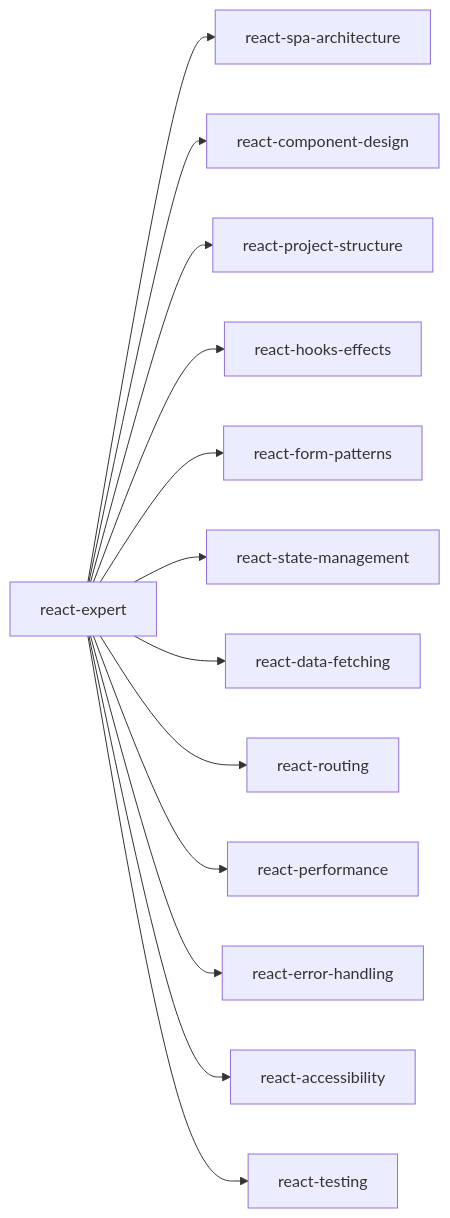
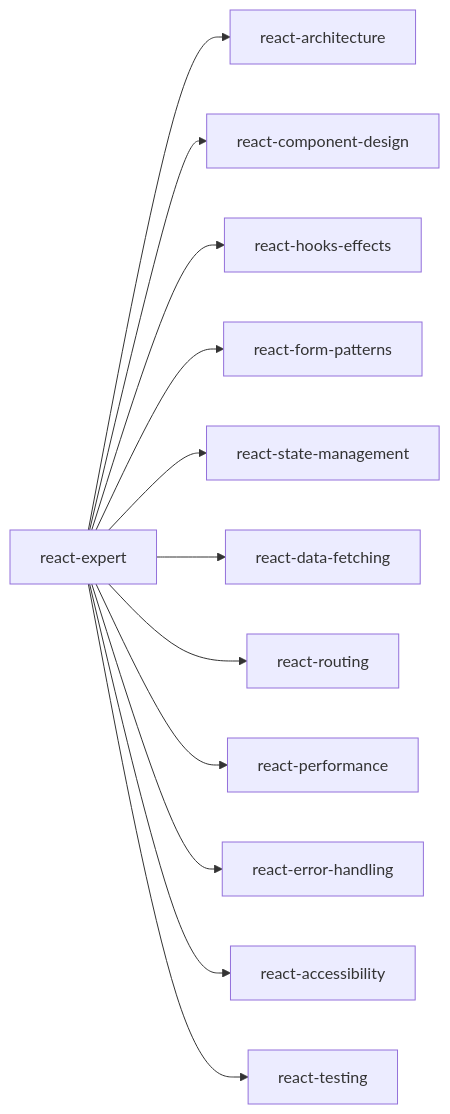
Before and after one commit to pnewsam/skills: diagram 13 of 14 in README.md, drawn with Mermaid. The commit also changed other lines of this file and 82 other files, not shown here.

````diff
--- a/README.md
+++ b/README.md
@@ -405,15 +413,14 @@
 ```mermaid
 flowchart LR
-    RX[react-expert] --> RSA[react-spa-architecture]
+    RX[react-expert] --> RAR[react-architecture]
     RX --> RCD[react-component-design]
-    RX --> RPS[react-project-structure]
     RX --> RHE[react-hooks-effects]
     RX --> RFP[react-form-patterns]
     RX --> RSM[react-state-management]
     RX --> RDF[react-data-fetching]
     RX --> RR[react-routing]
     RX --> RP[react-performance]
     RX --> REH[react-error-handling]
     RX --> RA[react-accessibility]
     RX --> RT[react-testing]
 ```
````
